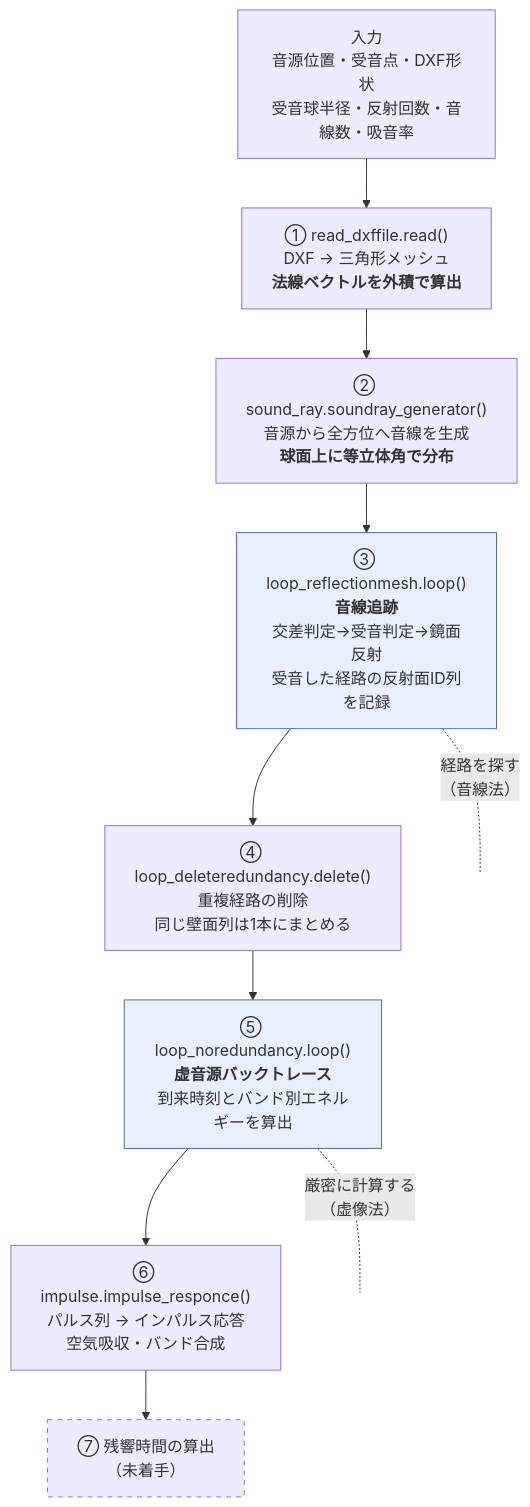
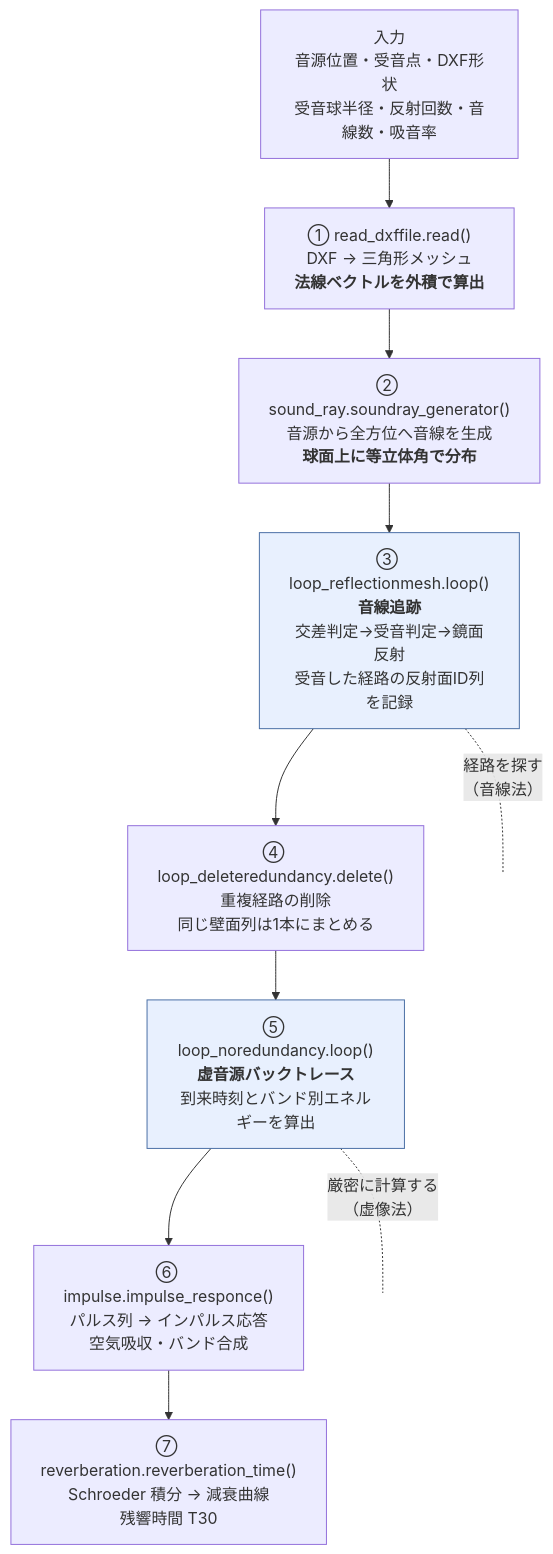
The diagram in docs/技術説明書.md (saka810/nea-simulation-pj), drawn with Mermaid before and after one commit. The commit also changed other lines of this file and 10 other files, not shown here.

````diff
--- a/docs/技術説明書.md
+++ b/docs/技術説明書.md
@@ -35,23 +35,22 @@
 ```mermaid
 flowchart TD
     IN["入力<br/>音源位置・受音点・DXF形状<br/>受音球半径・反射回数・音線数・吸音率"]
 
     S1["① read_dxffile.read()<br/>DXF → 三角形メッシュ<br/><b>法線ベクトルを外積で算出</b>"]
     S2["② sound_ray.soundray_generator()<br/>音源から全方位へ音線を生成<br/><b>球面上に等立体角で分布</b>"]
     S3["③ loop_reflectionmesh.loop()<br/><b>音線追跡</b><br/>交差判定→受音判定→鏡面反射<br/>受音した経路の反射面ID列を記録"]
     S4["④ loop_deleteredundancy.delete()<br/>重複経路の削除<br/>同じ壁面列は1本にまとめる"]
     S5["⑤ loop_noredundancy.loop()<br/><b>虚音源バックトレース</b><br/>到来時刻とバンド別エネルギーを算出"]
     S6["⑥ impulse.impulse_responce()<br/>パルス列 → インパルス応答<br/>空気吸収・バンド合成"]
-    S7["⑦ 残響時間の算出<br/>（未着手）"]
+    S7["⑦ reverberation.reverberation_time()<br/>Schroeder 積分 → 減衰曲線<br/>残響時間 T30"]
 
     IN --> S1 --> S2 --> S3 --> S4 --> S5 --> S6 --> S7
 
     S3 -. "経路を探す<br/>（音線法）" .- N1[ ]
     S5 -. "厳密に計算する<br/>（虚像法）" .- N2[ ]
 
     style S3 fill:#e8f0fe,stroke:#4a6fa5
     style S5 fill:#e8f0fe,stroke:#4a6fa5
-    style S7 stroke-dasharray: 5 5
     style N1 fill:none,stroke:none
     style N2 fill:none,stroke:none
 ```
````
